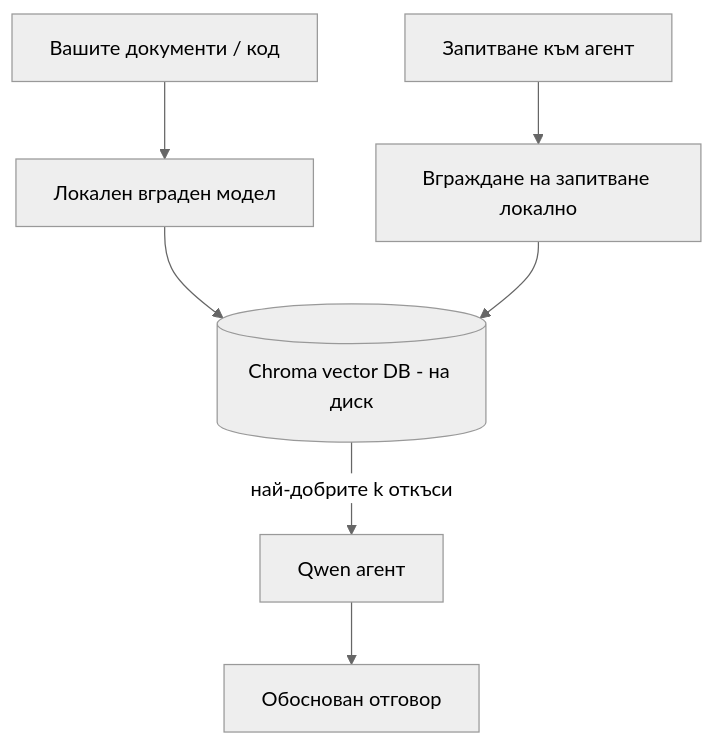
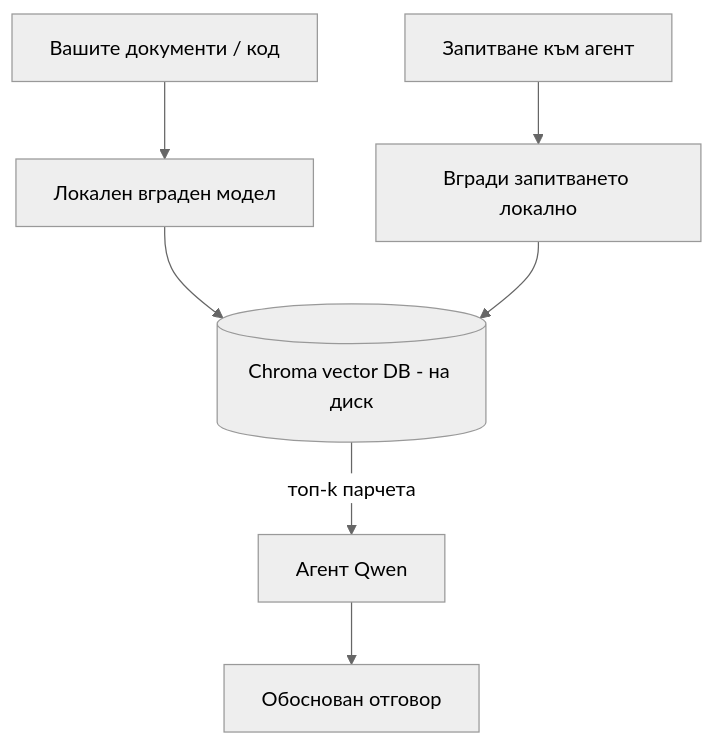
The third of 4 diagrams in translations/bg/17-creating-local-ai-agents/README.md (microsoft/ai-agents-for-beginners), drawn with Mermaid (neutral theme) before and after one commit. The commit also changed other lines of this file and 46 other files, not shown here.

````diff
--- a/translations/bg/17-creating-local-ai-agents/README.md
+++ b/translations/bg/17-creating-local-ai-agents/README.md
@@ -125,9 +125,9 @@
 ```mermaid
 flowchart TB
     D[Вашите документи / код] --> E[Локален вграден модел]
     E --> V[(Chroma vector DB - на диск)]
-    Q[Запитване към агент] --> QE[Вграждане на запитване локално]
+    Q[Запитване към агент] --> QE[Вгради запитването локално]
     QE --> V
-    V -->|най-добрите k откъси| A[Qwen агент]
+    V -->|топ-k парчета| A[Агент Qwen]
     A --> Ans[Обоснован отговор]
 ```
````
